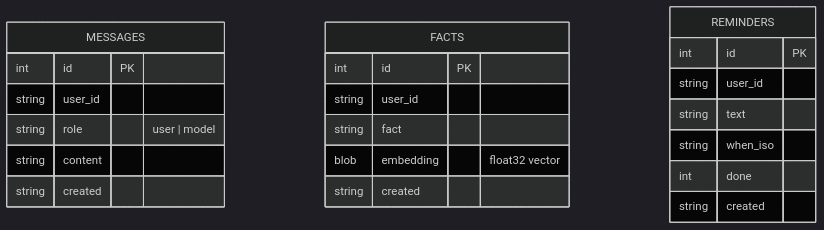
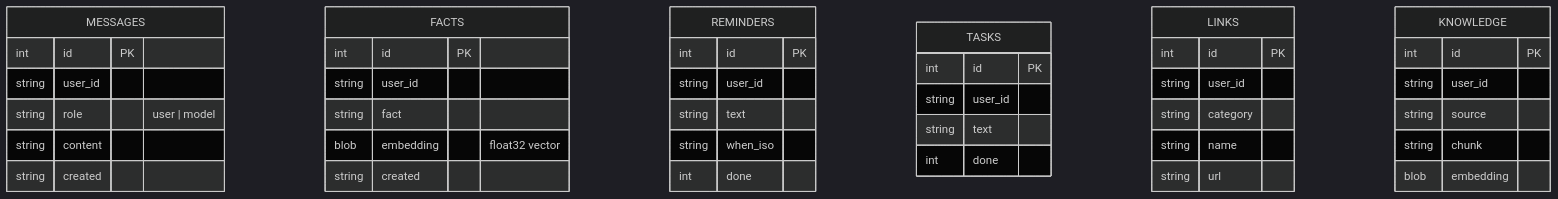
One commit to Ryanditko/E.V changed the third of 4 diagrams in docs/architecture.md. Above: the diagram before and after it, drawn with Mermaid (dark theme). The commit also changed other lines of this file and 10 other files, not shown here.

First line of the commit message:
Expand into a Jarvis-like assistant: links, knowledge base (PDF/RAG), Ollama

````diff
--- a/docs/architecture.md
+++ b/docs/architecture.md
@@ -90,25 +96,44 @@
 ```mermaid
 erDiagram
     MESSAGES {
         int id PK
         string user_id
         string role "user | model"
         string content
         string created
     }
     FACTS {
         int id PK
         string user_id
         string fact
         blob embedding "float32 vector"
         string created
     }
     REMINDERS {
         int id PK
         string user_id
         string text
         string when_iso
         int done
-        string created
+    }
+    TASKS {
+        int id PK
+        string user_id
+        string text
+        int done
+    }
+    LINKS {
+        int id PK
+        string user_id
+        string category
+        string name
+        string url
+    }
+    KNOWLEDGE {
+        int id PK
+        string user_id
+        string source
+        string chunk
+        blob embedding
     }
 ```
````
